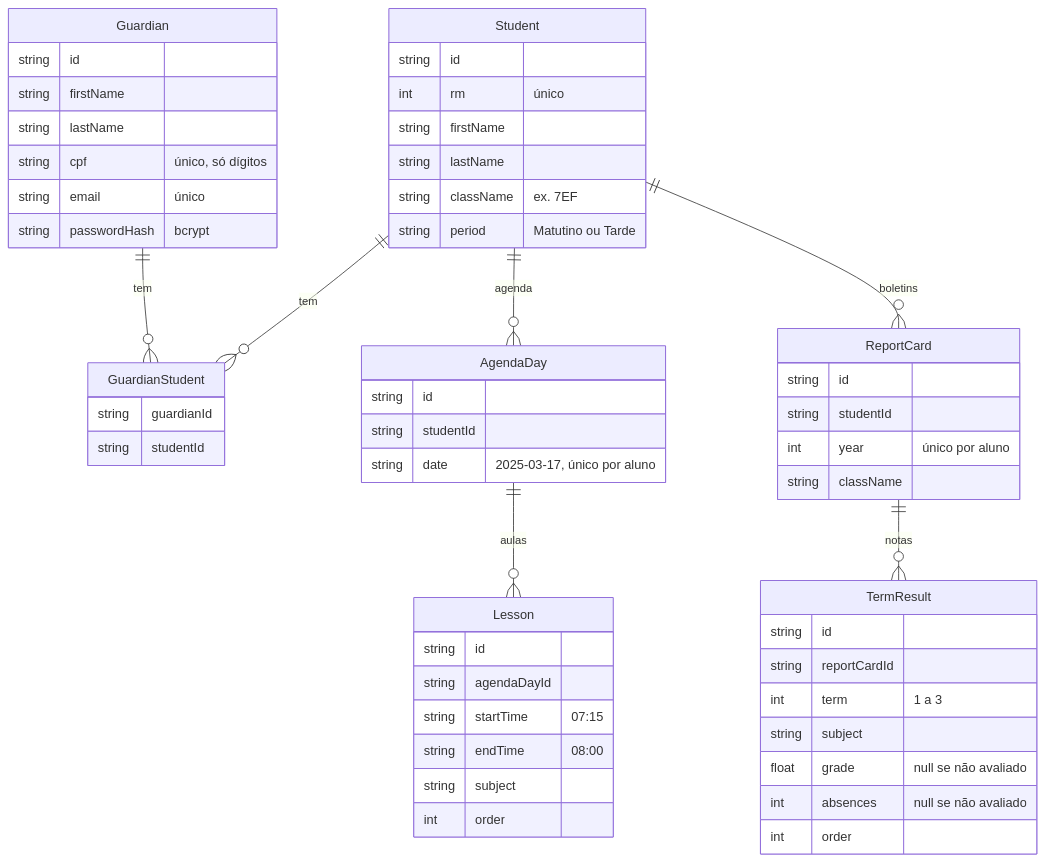
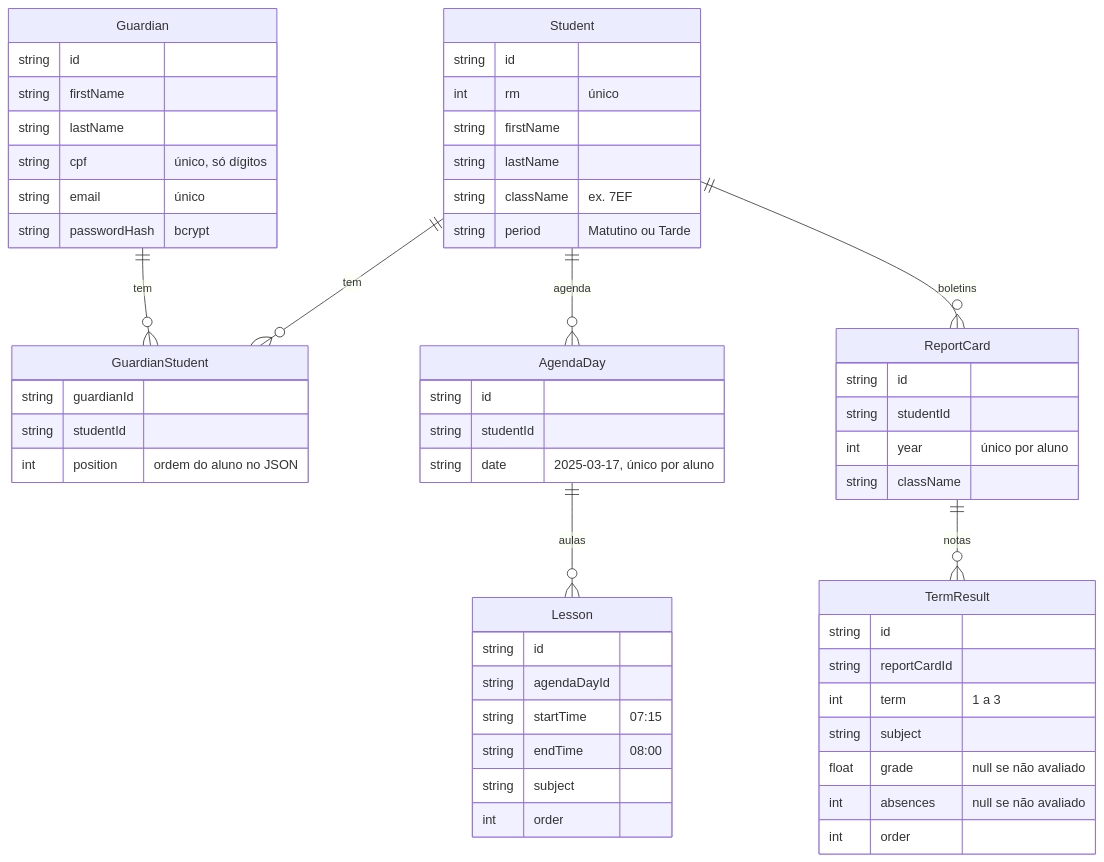
Before and after one commit to Faelst/fiap: the diagram in README.md, drawn with Mermaid. The commit also changed other lines of this file and 2 other files, not shown here.

````diff
--- a/README.md
+++ b/README.md
@@ -493,58 +595,59 @@
 ```mermaid
 erDiagram
   Guardian ||--o{ GuardianStudent : tem
   Student ||--o{ GuardianStudent : tem
   Student ||--o{ AgendaDay : agenda
   AgendaDay ||--o{ Lesson : aulas
   Student ||--o{ ReportCard : boletins
   ReportCard ||--o{ TermResult : notas
 
   Guardian {
     string id
     string firstName
     string lastName
     string cpf "único, só dígitos"
     string email "único"
     string passwordHash "bcrypt"
   }
   Student {
     string id
     int rm "único"
     string firstName
     string lastName
     string className "ex. 7EF"
     string period "Matutino ou Tarde"
   }
   GuardianStudent {
     string guardianId
     string studentId
+    int position "ordem do aluno no JSON"
   }
   AgendaDay {
     string id
     string studentId
     string date "2025-03-17, único por aluno"
   }
   Lesson {
     string id
     string agendaDayId
     string startTime "07:15"
     string endTime "08:00"
     string subject
     int order
   }
   ReportCard {
     string id
     string studentId
     int year "único por aluno"
     string className
   }
   TermResult {
     string id
     string reportCardId
     int term "1 a 3"
     string subject
     float grade "null se não avaliado"
     int absences "null se não avaliado"
     int order
   }
 ```
````
